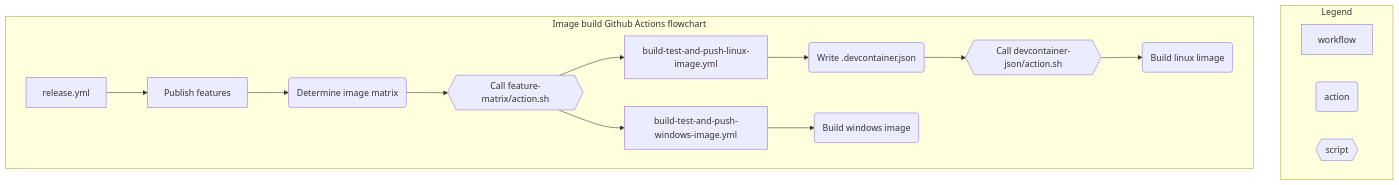
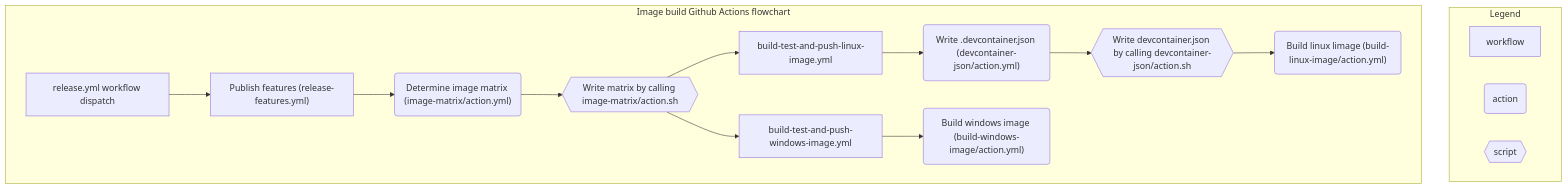
Before and after one commit to rapidsai/devcontainers: the diagram in DEVELOP.md, drawn with Mermaid. The commit also changed other lines of this file and 3 other files, not shown here.

````diff
--- a/DEVELOP.md
+++ b/DEVELOP.md
@@ -91,19 +125,19 @@
 ```mermaid
 flowchart TD
     subgraph Legend
         workflow
         action(action)
         script{{script}}
     end
     subgraph Image build Github Actions flowchart
-        release.yml --> release-features.yml[Publish features]
-        release-features.yml --> image-matrix(Determine image matrix)
-        image-matrix --> write-matrix{{Call feature-matrix/action.sh}}
+        release.yml[release.yml workflow dispatch] --> release-features.yml["Publish features (release-features.yml)"]
+        release-features.yml --> image-matrix("Determine image matrix (image-matrix/action.yml)")
+        image-matrix --> write-matrix{{Write matrix by calling image-matrix/action.sh}}
         write-matrix --> build-test-and-push-linux-image.yml
         write-matrix --> build-test-and-push-windows-image.yml
-        build-test-and-push-linux-image.yml --> write-json(Write .devcontainer.json)
-        write-json --> write-script{{Call devcontainer-json/action.sh}}
-        build-test-and-push-windows-image.yml --> build-windows(Build windows image)
-        write-script --> build-linux-image(Build linux limage)
+        build-test-and-push-linux-image.yml --> write-json("Write .devcontainer.json (devcontainer-json/action.yml)")
+        write-json --> write-script{{Write devcontainer.json by calling devcontainer-json/action.sh}}
+        build-test-and-push-windows-image.yml --> build-windows("Build windows image (build-windows-image/action.yml)")
+        write-script --> build-linux-image("Build linux limage (build-linux-image/action.yml)")
     end
 ```
````
